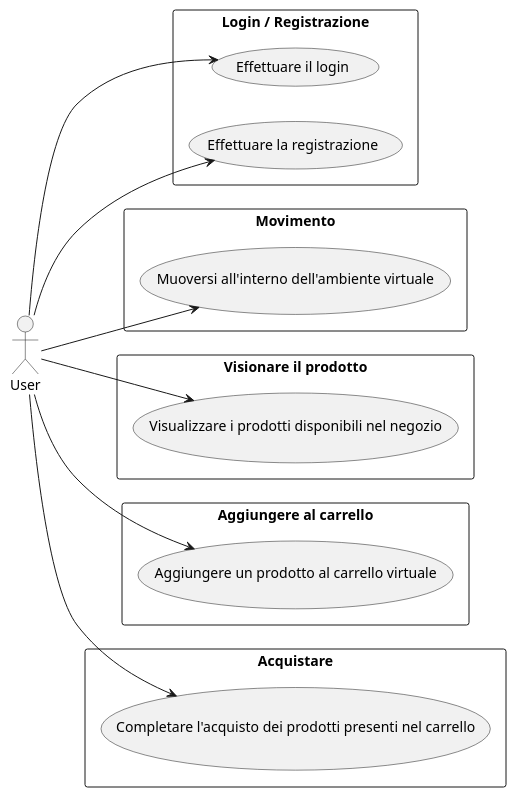
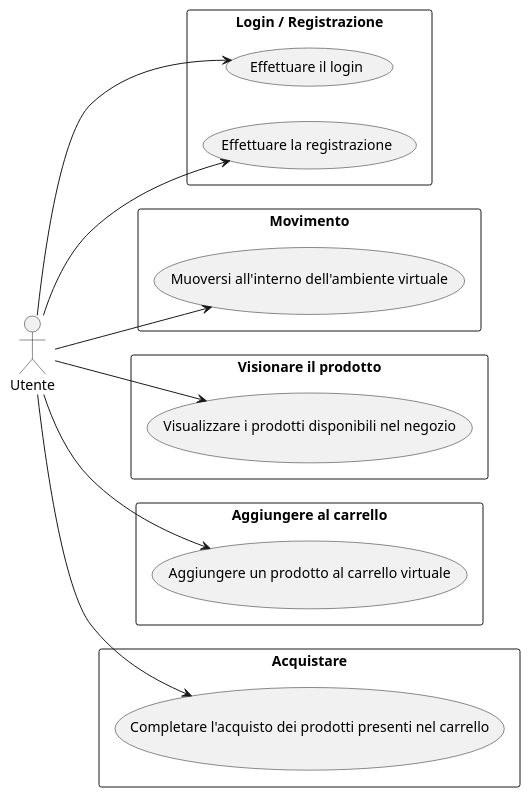
The diagram in Fase_3/Temp/useCase.puml (MirkoMolteni/GestioneProgetti), drawn with PlantUML before and after one commit. The commit also changed 7 other files, not shown here.

Commit message:
Generati UML

```diff
--- a/Fase_3/Temp/useCase.puml
+++ b/Fase_3/Temp/useCase.puml
@@ -1,27 +1,27 @@
 @startuml useCase
 left to right direction
 
-actor User as U
+actor Utente as U
 
 rectangle "Login / Registrazione" {
 U --> (Effettuare il login)
 U --> (Effettuare la registrazione)
 }
 
 rectangle "Movimento" {
 U --> (Muoversi all'interno dell'ambiente virtuale)
 }
 
 rectangle "Visionare il prodotto" {
 U --> (Visualizzare i prodotti disponibili nel negozio)
 }
 
 rectangle "Aggiungere al carrello" {
 U --> (Aggiungere un prodotto al carrello virtuale)
 }
 
 rectangle "Acquistare" {
 U --> (Completare l'acquisto dei prodotti presenti nel carrello)
 }
 
 @enduml
```
